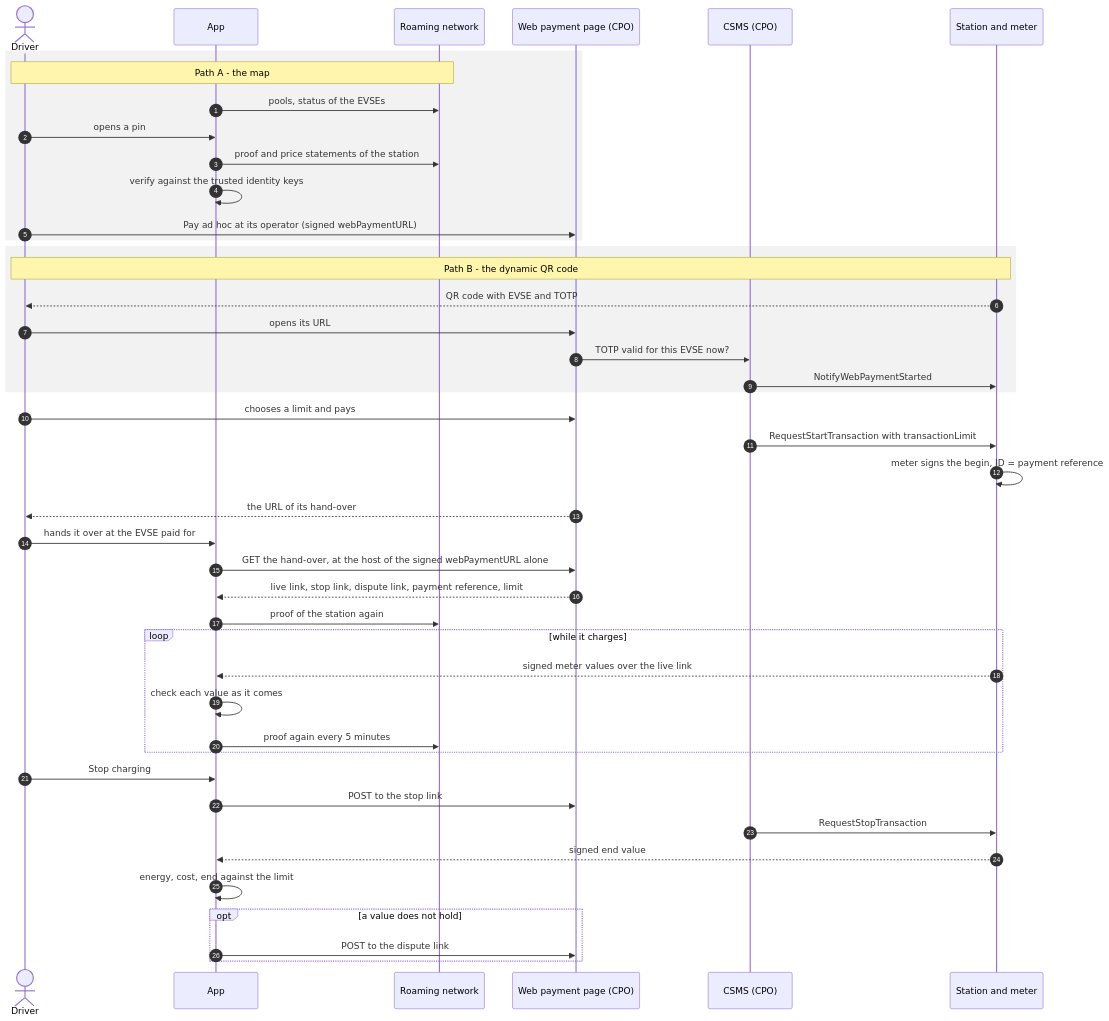
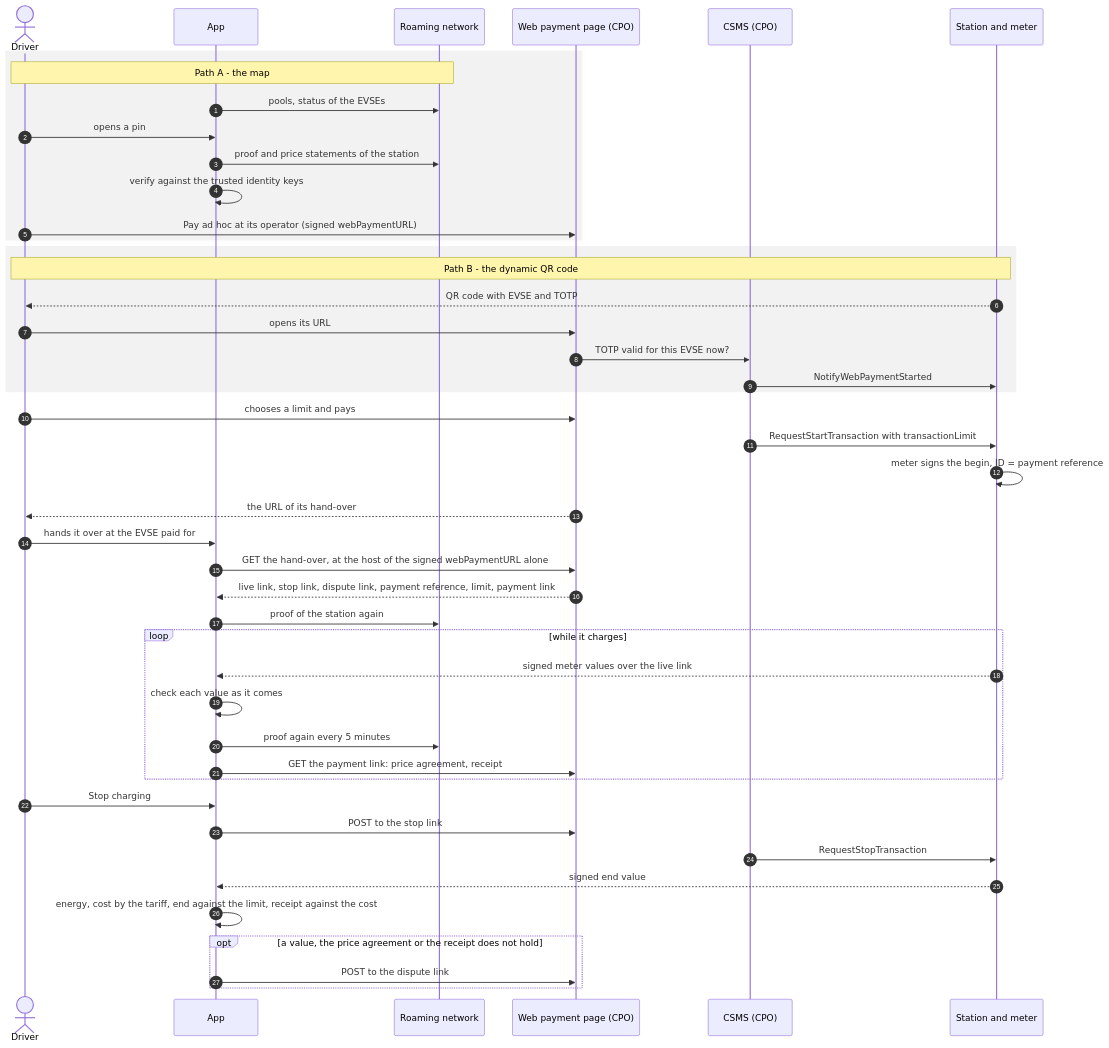
The diagram in docs/AdHocChargingAtTheCPO.md (OpenChargingCloud/Smartphone), drawn with Mermaid before and after one commit. The commit also changed other lines of this file and 1 other file, not shown here.

Commit message:
A session ad hoc at the operator described with its payment link: the price agreement that binds its price to it, the receipt compared with its cost, and its cost of every part of its tariff - and the cost of a charge detail record through an e-mobility provider of every part as well

````diff
--- a/docs/AdHocChargingAtTheCPO.md
+++ b/docs/AdHocChargingAtTheCPO.md
@@ -51,49 +51,50 @@
 ```mermaid
 sequenceDiagram
     autonumber
     actor D as Driver
     participant A as App
     participant N as Roaming network
     participant P as Web payment page (CPO)
     participant C as CSMS (CPO)
     participant S as Station and meter
 
     rect rgba(127,127,127,0.1)
     Note over D,N: Path A - the map
     A->>N: pools, status of the EVSEs
     D->>A: opens a pin
     A->>N: proof and price statements of the station
     A->>A: verify against the trusted identity keys
     D->>P: Pay ad hoc at its operator (signed webPaymentURL)
     end
 
     rect rgba(127,127,127,0.1)
     Note over D,S: Path B - the dynamic QR code
     S-->>D: QR code with EVSE and TOTP
     D->>P: opens its URL
     P->>C: TOTP valid for this EVSE now?
     C->>S: NotifyWebPaymentStarted
     end
 
     D->>P: chooses a limit and pays
     C->>S: RequestStartTransaction with transactionLimit
     S->>S: meter signs the begin, ID = payment reference
     P-->>D: the URL of its hand-over
     D->>A: hands it over at the EVSE paid for
     A->>P: GET the hand-over, at the host of the signed webPaymentURL alone
-    P-->>A: live link, stop link, dispute link, payment reference, limit
+    P-->>A: live link, stop link, dispute link, payment reference, limit, payment link
     A->>N: proof of the station again
     loop while it charges
         S-->>A: signed meter values over the live link
         A->>A: check each value as it comes
         A->>N: proof again every 5 minutes
+        A->>P: GET the payment link: price agreement, receipt
     end
     D->>A: Stop charging
     A->>P: POST to the stop link
     C->>S: RequestStopTransaction
     S-->>A: signed end value
-    A->>A: energy, cost, end against the limit
-    opt a value does not hold
+    A->>A: energy, cost by the tariff, end against the limit, receipt against the cost
+    opt a value, the price agreement or the receipt does not hold
         A->>P: POST to the dispute link
     end
 ```
````
